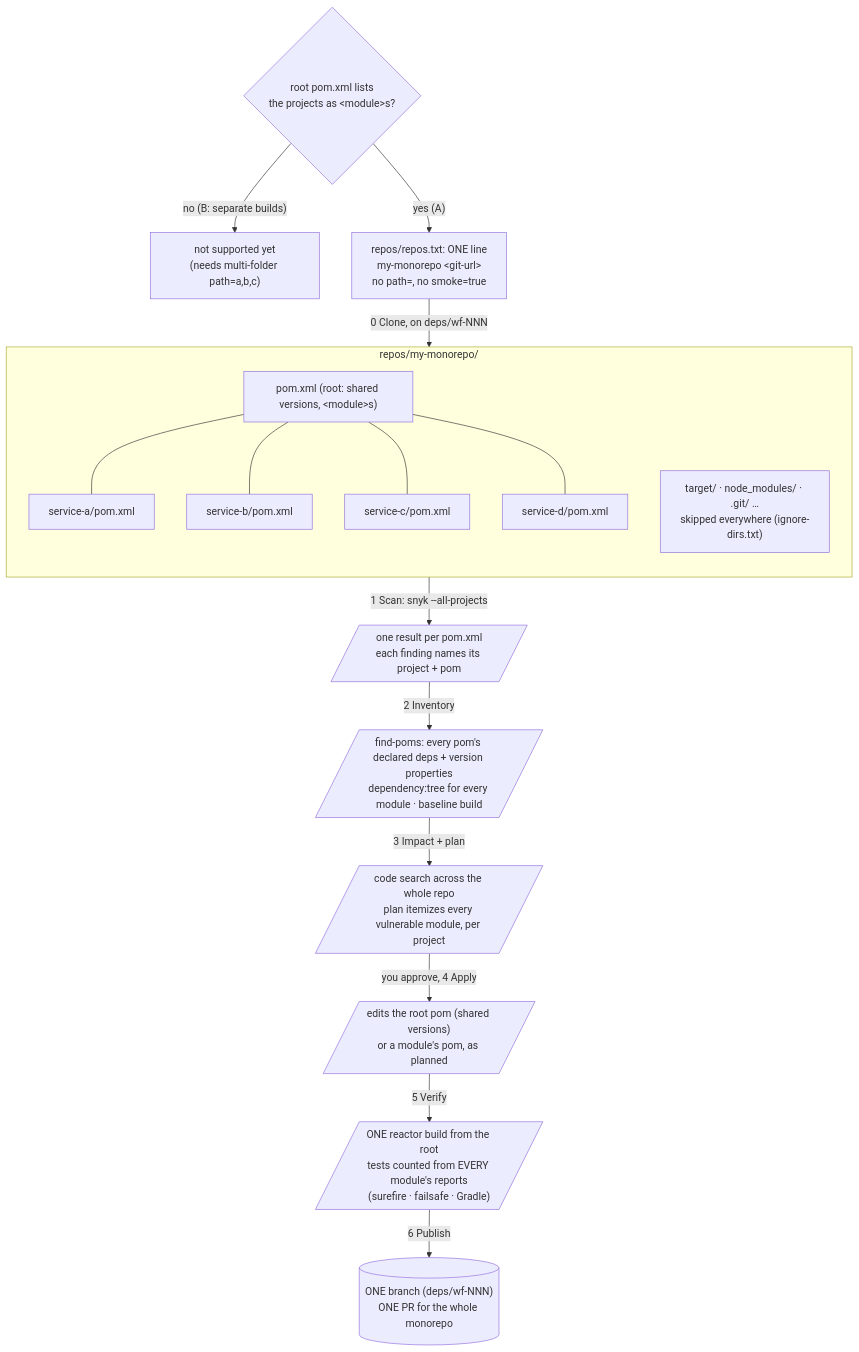
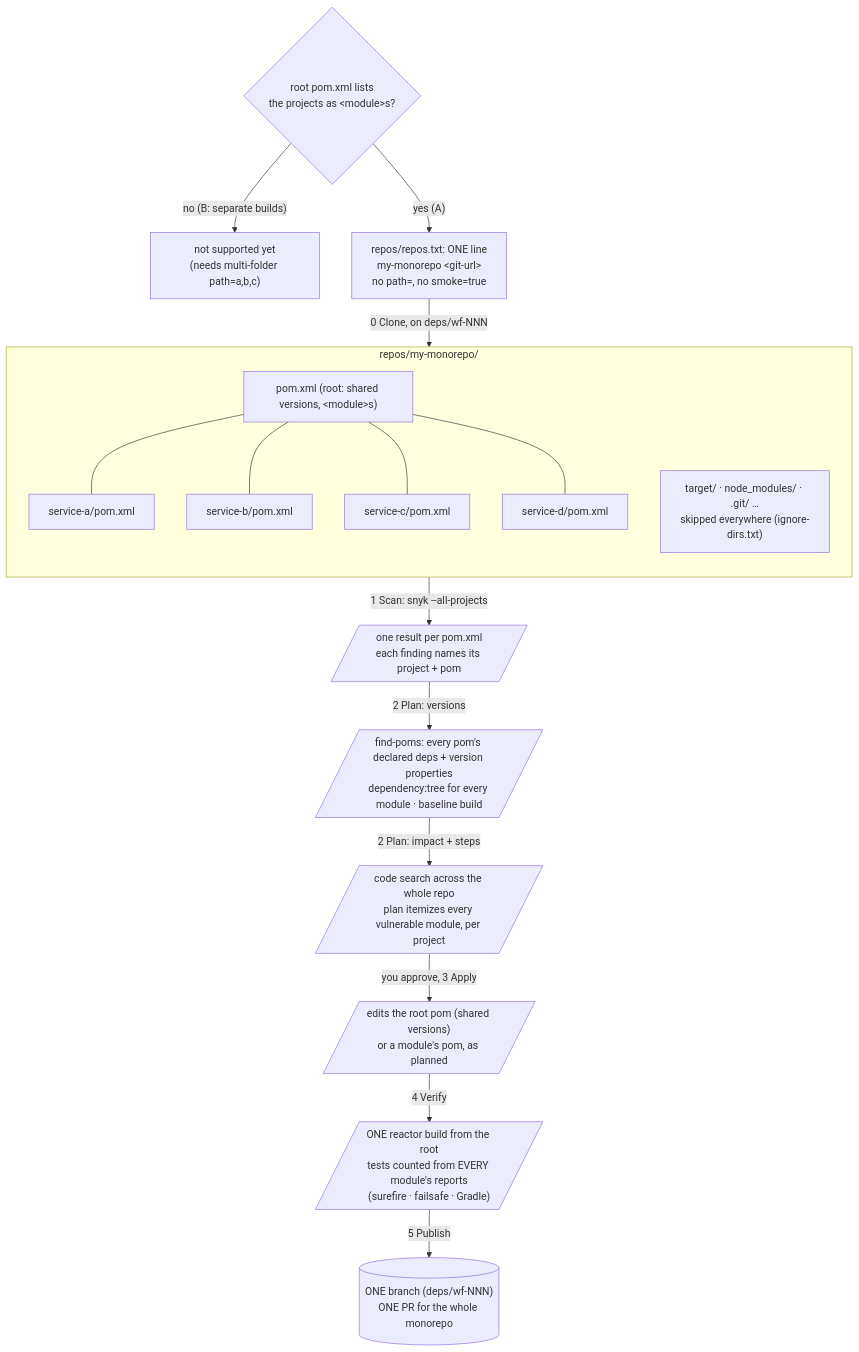
Before and after one commit to elinasarvari/snyk-update-package: the sixth of 7 diagrams in docs/ARCHITECTURE.md, drawn with Mermaid. The commit also changed other lines of this file and 74 other files, not shown here.

````diff
--- a/docs/ARCHITECTURE.md
+++ b/docs/ARCHITECTURE.md
@@ -248,26 +246,26 @@
 ```mermaid
 flowchart TB
     check{"root pom.xml lists<br/>the projects as &lt;module&gt;s?"}
     check -- "no (B: separate builds)" --> notyet["not supported yet<br/>(needs multi-folder path=a,b,c)"]
     check -- "yes (A)" --> line["repos/repos.txt: ONE line<br/>my-monorepo &lt;git-url&gt;<br/>no path=, no smoke=true"]
 
     line -->|"0 Clone, on deps/wf-NNN"| clone
 
     subgraph clone["repos/my-monorepo/"]
         direction TB
         root["pom.xml (root: shared versions, &lt;module&gt;s)"]
         m1["service-a/pom.xml"]
         m2["service-b/pom.xml"]
         m3["service-c/pom.xml"]
         m4["service-d/pom.xml"]
         skip["target/ · node_modules/ · .git/ …<br/>skipped everywhere (ignore-dirs.txt)"]
         root --- m1 & m2 & m3 & m4
     end
 
     clone -->|"1 Scan: snyk --all-projects"| f1[/"one result per pom.xml<br/>each finding names its project + pom"/]
-    f1 -->|"2 Inventory"| f2[/"find-poms: every pom's declared deps + version properties<br/>dependency:tree for every module · baseline build"/]
-    f2 -->|"3 Impact + plan"| f3[/"code search across the whole repo<br/>plan itemizes every vulnerable module, per project"/]
-    f3 -->|"you approve, 4 Apply"| f4[/"edits the root pom (shared versions)<br/>or a module's pom, as planned"/]
-    f4 -->|"5 Verify"| f5[/"ONE reactor build from the root<br/>tests counted from EVERY module's reports<br/>(surefire · failsafe · Gradle)"/]
-    f5 -->|"6 Publish"| pr[("ONE branch (deps/wf-NNN)<br/>ONE PR for the whole monorepo")]
+    f1 -->|"2 Plan: versions"| f2[/"find-poms: every pom's declared deps + version properties<br/>dependency:tree for every module · baseline build"/]
+    f2 -->|"2 Plan: impact + steps"| f3[/"code search across the whole repo<br/>plan itemizes every vulnerable module, per project"/]
+    f3 -->|"you approve, 3 Apply"| f4[/"edits the root pom (shared versions)<br/>or a module's pom, as planned"/]
+    f4 -->|"4 Verify"| f5[/"ONE reactor build from the root<br/>tests counted from EVERY module's reports<br/>(surefire · failsafe · Gradle)"/]
+    f5 -->|"5 Publish"| pr[("ONE branch (deps/wf-NNN)<br/>ONE PR for the whole monorepo")]
 ```
````
